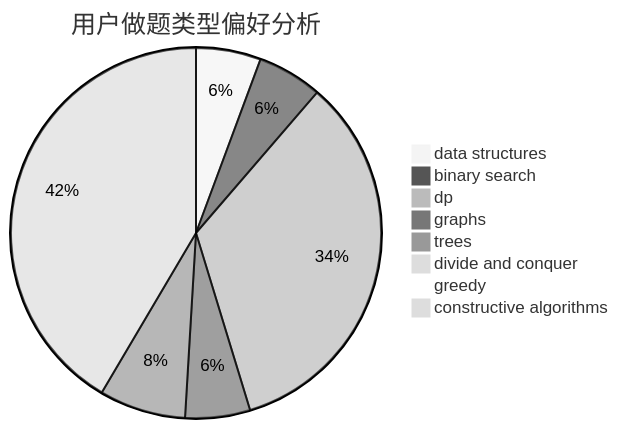
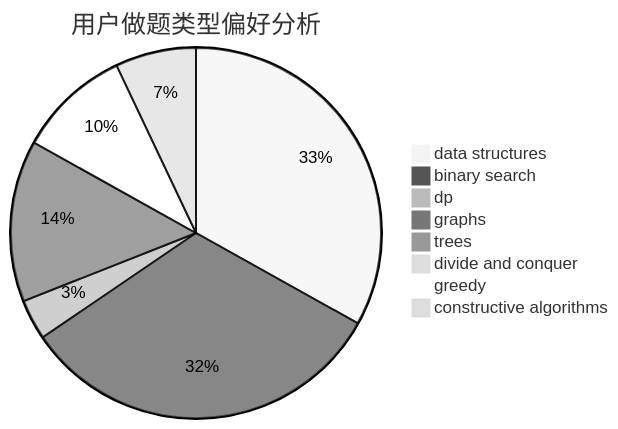
Before and after one commit to sherpahu/cfrs.github.io: the second of 3 diagrams in docs/user/u1319.md, drawn with Mermaid (neutral theme). The commit also changed other lines of this file and 2770 other files, not shown here.

````diff
--- a/docs/user/u1319.md
+++ b/docs/user/u1319.md
@@ -23,11 +23,11 @@
 ```mermaid
 pie title 用户做题类型偏好分析
-    "data structures" :  3
-    "binary search" :  3
-    "dp" :  18
-    "graphs" :  3
-    "trees" :  4
-    "divide and conquer" :  0
-    "greedy" :  0
-    "constructive algorithms" :  22
+    "data structures" :  47
+    "binary search" :  46
+    "dp" :  5
+    "graphs" :  20
+    "trees" :  0
+    "divide and conquer" :  1
+    "greedy" :  14
+    "constructive algorithms" :  10
 ```
````
